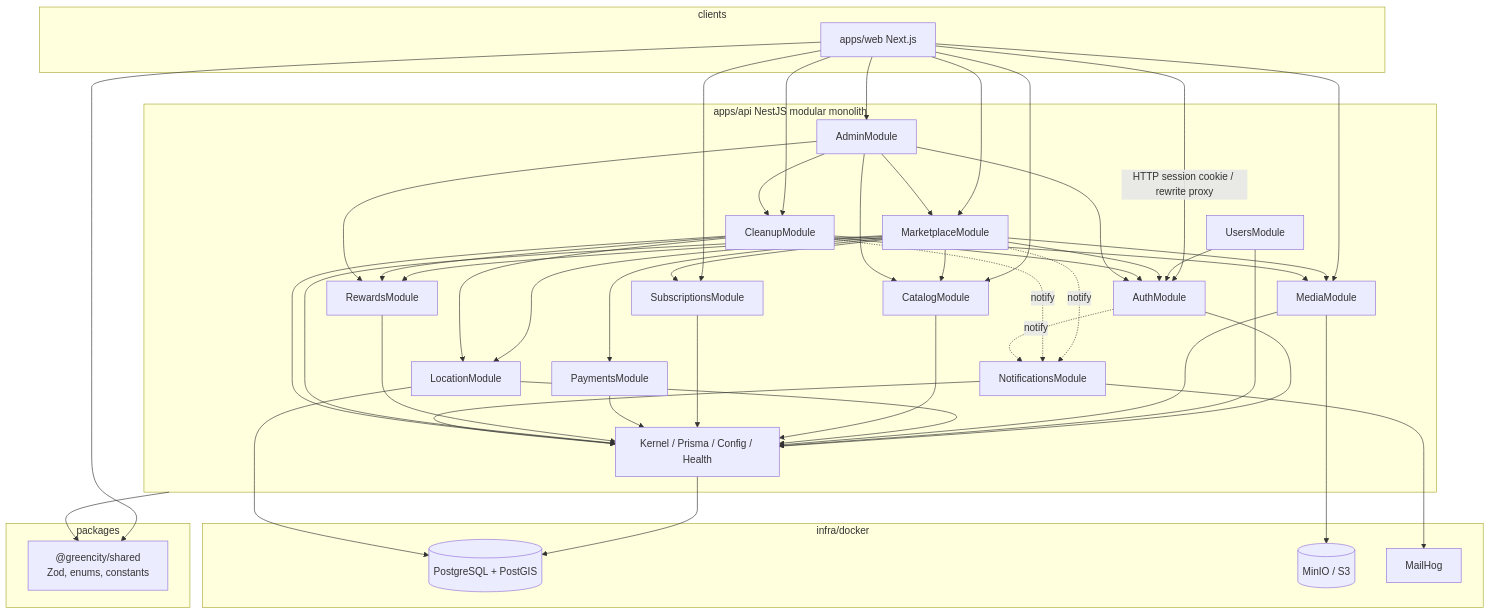
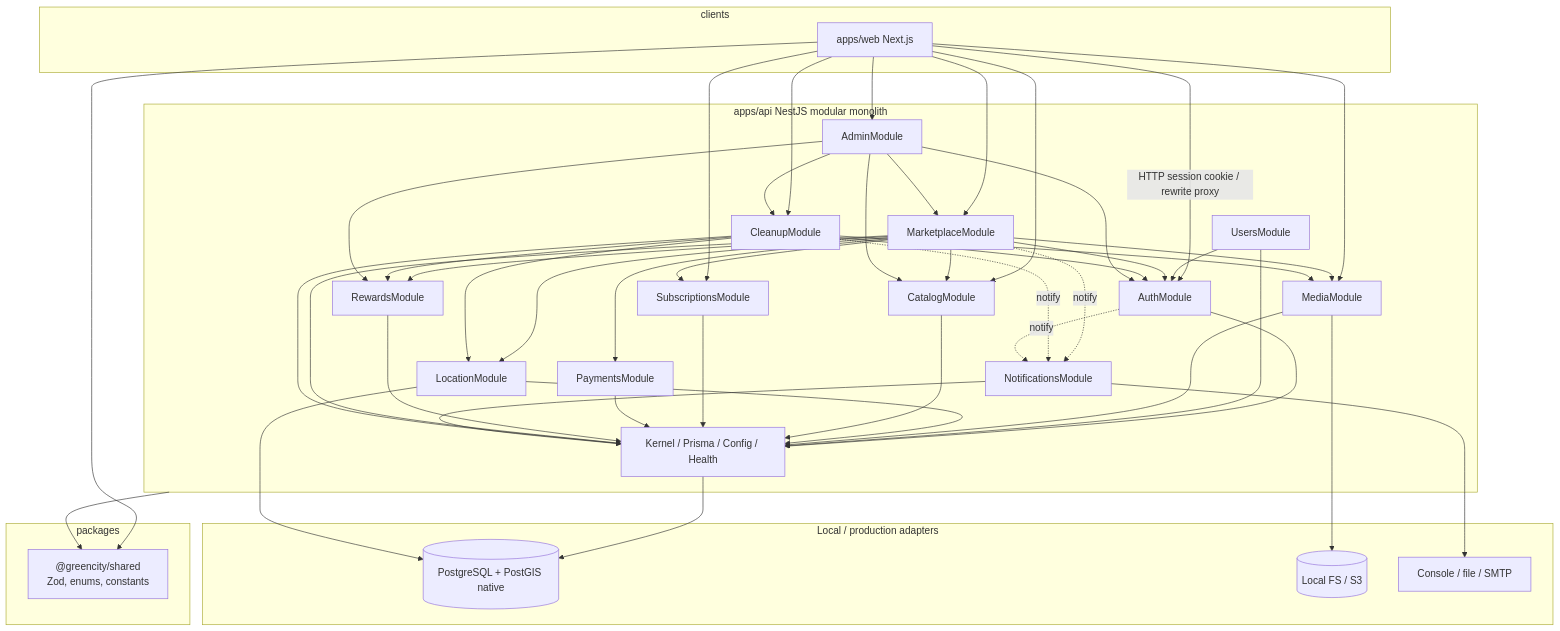
The first of 2 diagrams in docs/architecture.md (vinhelysia/GreenCity), drawn with Mermaid before and after one commit. The commit also changed other lines of this file and 27 other files, not shown here.

First line of the commit message:
Phase 0: Docker-free local stack (native Postgres/PostGIS, local storage/mail).

````diff
--- a/docs/architecture.md
+++ b/docs/architecture.md
@@ -119,79 +119,79 @@
 ```mermaid
 flowchart TB
   subgraph clients
     WEB[apps/web Next.js]
   end
 
   subgraph shared_pkg[packages]
     SHARED["@greencity/shared\nZod, enums, constants"]
   end
 
   subgraph api[apps/api NestJS modular monolith]
     KERNEL[Kernel / Prisma / Config / Health]
     AUTH[AuthModule]
     USERS[UsersModule]
     MEDIA[MediaModule]
     LOC[LocationModule]
     CAT[CatalogModule]
     MKT[MarketplaceModule]
     SUB[SubscriptionsModule]
     PAY[PaymentsModule]
     CLN[CleanupModule]
     REW[RewardsModule]
     NOTIF[NotificationsModule]
     ADM[AdminModule]
   end
 
-  subgraph infra[infra/docker]
-    PG[(PostgreSQL + PostGIS)]
-    S3[(MinIO / S3)]
-    MAIL[MailHog]
+  subgraph infra[Local / production adapters]
+    PG[(PostgreSQL + PostGIS native)]
+    S3[(Local FS / S3)]
+    MAIL[Console / file / SMTP]
   end
 
   WEB --> SHARED
   api --> SHARED
   WEB -->|HTTP session cookie / rewrite proxy| AUTH
   WEB --> MKT
   WEB --> CLN
   WEB --> MEDIA
   WEB --> CAT
   WEB --> SUB
   WEB --> ADM
 
   AUTH --> KERNEL
   USERS --> KERNEL
   USERS --> AUTH
   MEDIA --> KERNEL
   LOC --> KERNEL
   CAT --> KERNEL
   SUB --> KERNEL
   PAY --> KERNEL
   REW --> KERNEL
   MKT --> KERNEL
   MKT --> AUTH
   MKT --> CAT
   MKT --> MEDIA
   MKT --> LOC
   MKT --> SUB
   MKT --> PAY
   MKT --> REW
   CLN --> KERNEL
   CLN --> AUTH
   CLN --> MEDIA
   CLN --> LOC
   CLN --> REW
   ADM --> AUTH
   ADM --> MKT
   ADM --> CLN
   ADM --> CAT
   ADM --> REW
   NOTIF --> KERNEL
   MKT -.->|notify| NOTIF
   CLN -.->|notify| NOTIF
   AUTH -.->|notify| NOTIF
 
   KERNEL --> PG
   MEDIA --> S3
   LOC --> PG
   NOTIF --> MAIL
 ```
````
